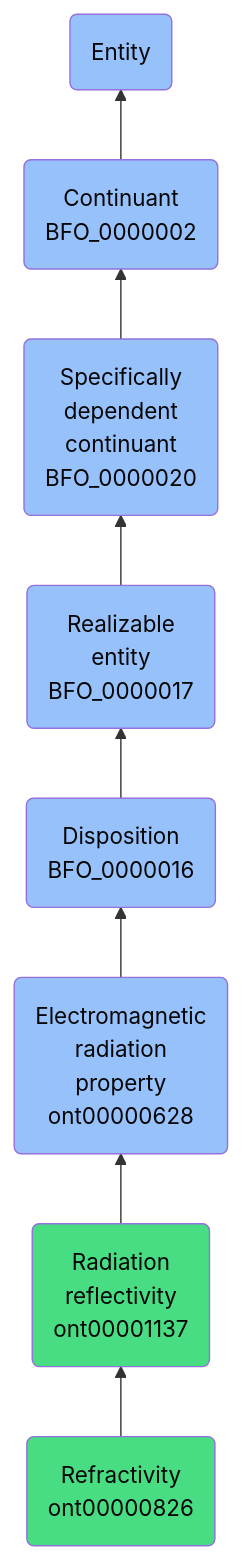
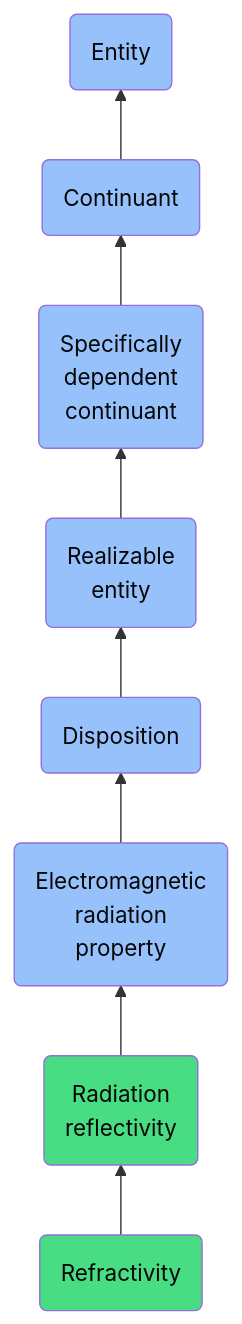
Before and after one commit to jupyter-naas/abi: the diagram in docs/ontology/reference/model/Entity/Continuant/Specifically dependent continuant/Realizable entity/Disposition/Electromagnetic radiation property/Radiation reflectivity/Refractivity/Refractivity.md, drawn with Mermaid. The commit also changed other lines of this file and 1430 other files, not shown here.

````diff
--- a/docs/ontology/reference/model/Entity/Continuant/Specifically dependent continuant/Realizable entity/Disposition/Electromagnetic radiation property/Radiation reflectivity/Refractivity/Refractivity.md
+++ b/docs/ontology/reference/model/Entity/Continuant/Specifically dependent continuant/Realizable entity/Disposition/Electromagnetic radiation property/Radiation reflectivity/Refractivity/Refractivity.md
@@ -24,15 +24,15 @@
 ```mermaid
 graph BT
-    ont00000826(Refractivity<br>ont00000826):::ABI-->ont00001137
-    ont00001137(Radiation<br>reflectivity<br>ont00001137):::ABI-->ont00000628
-    ont00000628(Electromagnetic<br>radiation<br>property<br>ont00000628):::BFO-->BFO_0000016
-    BFO_0000016(Disposition<br>BFO_0000016):::BFO-->BFO_0000017
-    BFO_0000017(Realizable<br>entity<br>BFO_0000017):::BFO-->BFO_0000020
-    BFO_0000020(Specifically<br>dependent<br>continuant<br>BFO_0000020):::BFO-->BFO_0000002
-    BFO_0000002(Continuant<br>BFO_0000002):::BFO-->BFO_0000001
+    ont00000826(Refractivity):::ABI-->ont00001137
+    ont00001137(Radiation<br>reflectivity):::ABI-->ont00000628
+    ont00000628(Electromagnetic<br>radiation<br>property):::BFO-->BFO_0000016
+    BFO_0000016(Disposition):::BFO-->BFO_0000017
+    BFO_0000017(Realizable<br>entity):::BFO-->BFO_0000020
+    BFO_0000020(Specifically<br>dependent<br>continuant):::BFO-->BFO_0000002
+    BFO_0000002(Continuant):::BFO-->BFO_0000001
     BFO_0000001(Entity):::BFO
     
     classDef BFO fill:#97c1fb,color:#060606
     classDef CCO fill:#e4c51e,color:#060606
     classDef ABI fill:#48DD82,color:#060606
 ```
````
